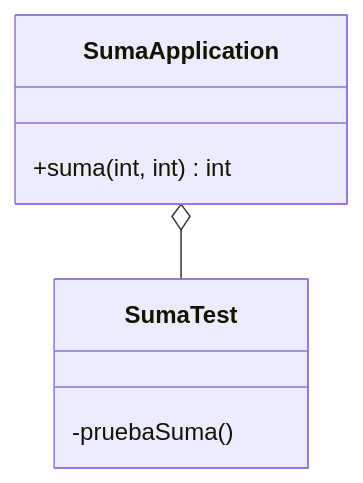
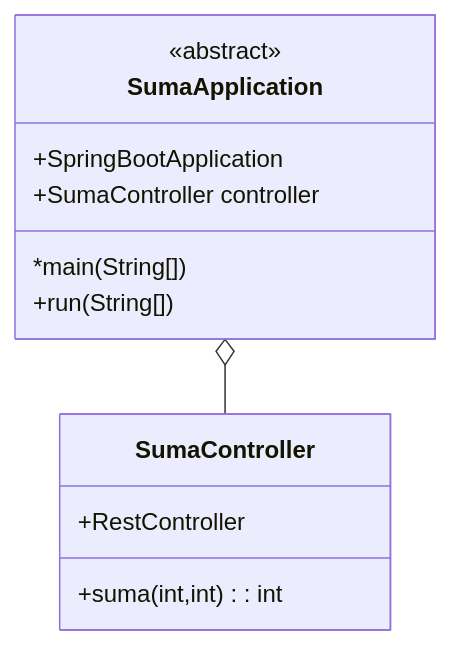
Before and after one commit to natperh/newCodes: the diagram in SumaProject/docs/diagrama.mmd, drawn with Mermaid. The commit also changed 4 other files, not shown here.

```diff
--- a/SumaProject/docs/diagrama.mmd
+++ b/SumaProject/docs/diagrama.mmd
@@ -1,8 +1,15 @@
 classDiagram
     class SumaApplication {
-        +suma(int, int) int
+        +SpringBootApplication
+        *main(String[])
+        +run(String[])
+        <<abstract>>
+        +SumaController controller
     }
-    class SumaTest {
-        -pruebaSuma()
+
+    class SumaController {
+        +RestController
+        +suma(int,int) : int
     }
-    SumaApplication o-- SumaTest
+
+    SumaApplication o--SumaController
```
